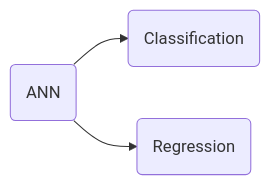
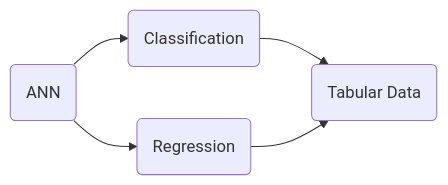
The diagram in DL/ANN.md (Arannamoy-Mondal/NLP-MLOPS), drawn with Mermaid before and after one commit.

Commit message:
upd:ANN.md

````diff
--- a/DL/ANN.md
+++ b/DL/ANN.md
@@ -1,5 +1,7 @@
 ```mermaid
 graph LR;
     A(ANN) --> B(Classification)
     A(ANN) --> C(Regression)
+    B(Classification) --> D(Tabular Data)
+    C(Regression) --> D(Tabular Data)
 ```
````
